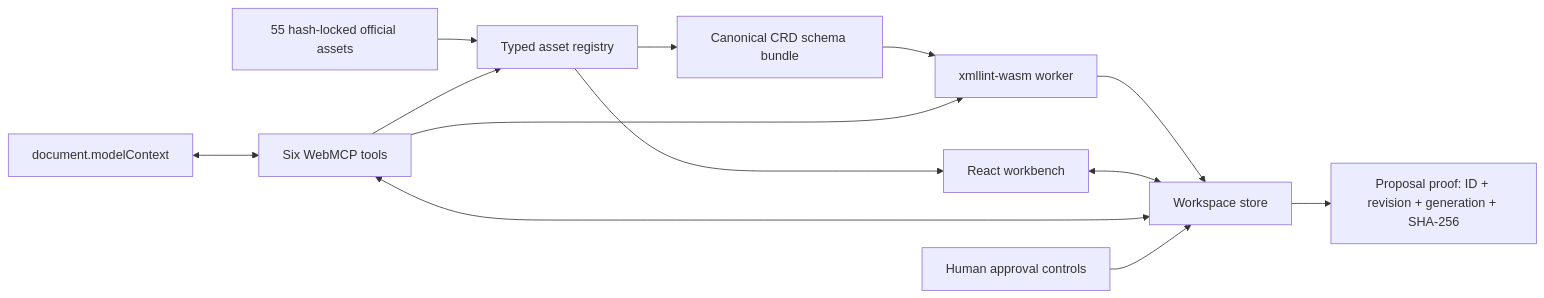
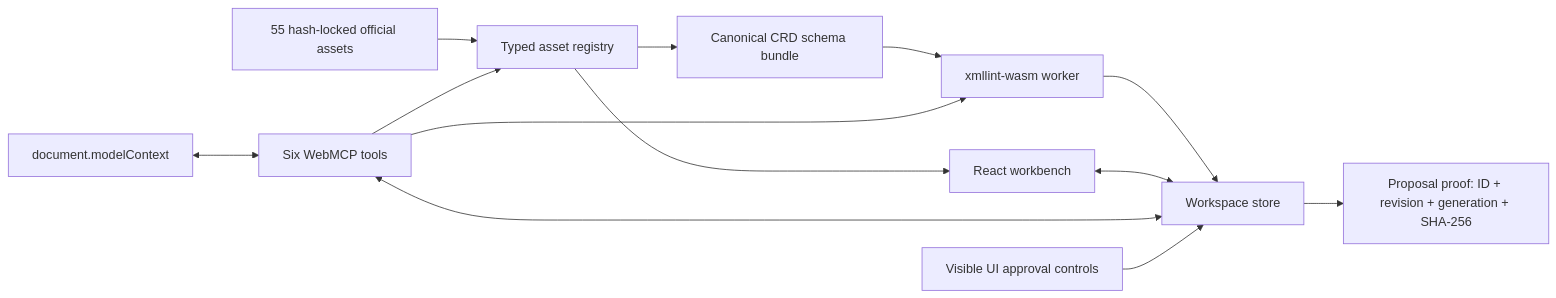
One commit to greqone/PrzedWysylkaWebMCPLab changed the diagram in docs/architecture.md. Above: the diagram before and after it, drawn with Mermaid. The commit also changed other lines of this file and 33 other files, not shown here.

````diff
--- a/docs/architecture.md
+++ b/docs/architecture.md
@@ -9,15 +9,15 @@
 ```mermaid
 flowchart LR
   A[55 hash-locked official assets] --> R[Typed asset registry]
   R --> U[React workbench]
   R --> S[Canonical CRD schema bundle]
   S --> V[xmllint-wasm worker]
   V --> W[Workspace store]
   U <--> W
   M[document.modelContext] <--> T[Six WebMCP tools]
   T <--> W
   T --> R
   T --> V
   W --> P[Proposal proof: ID + revision + generation + SHA-256]
-  H[Human approval controls] --> W
+  H[Visible UI approval controls] --> W
 ```
````
